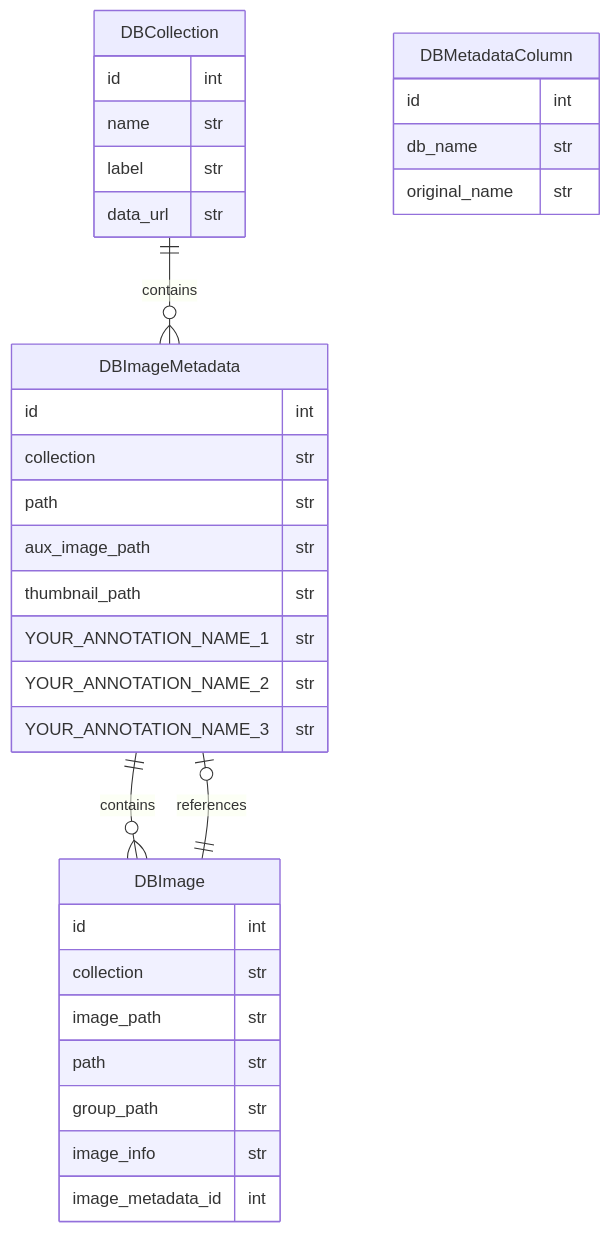
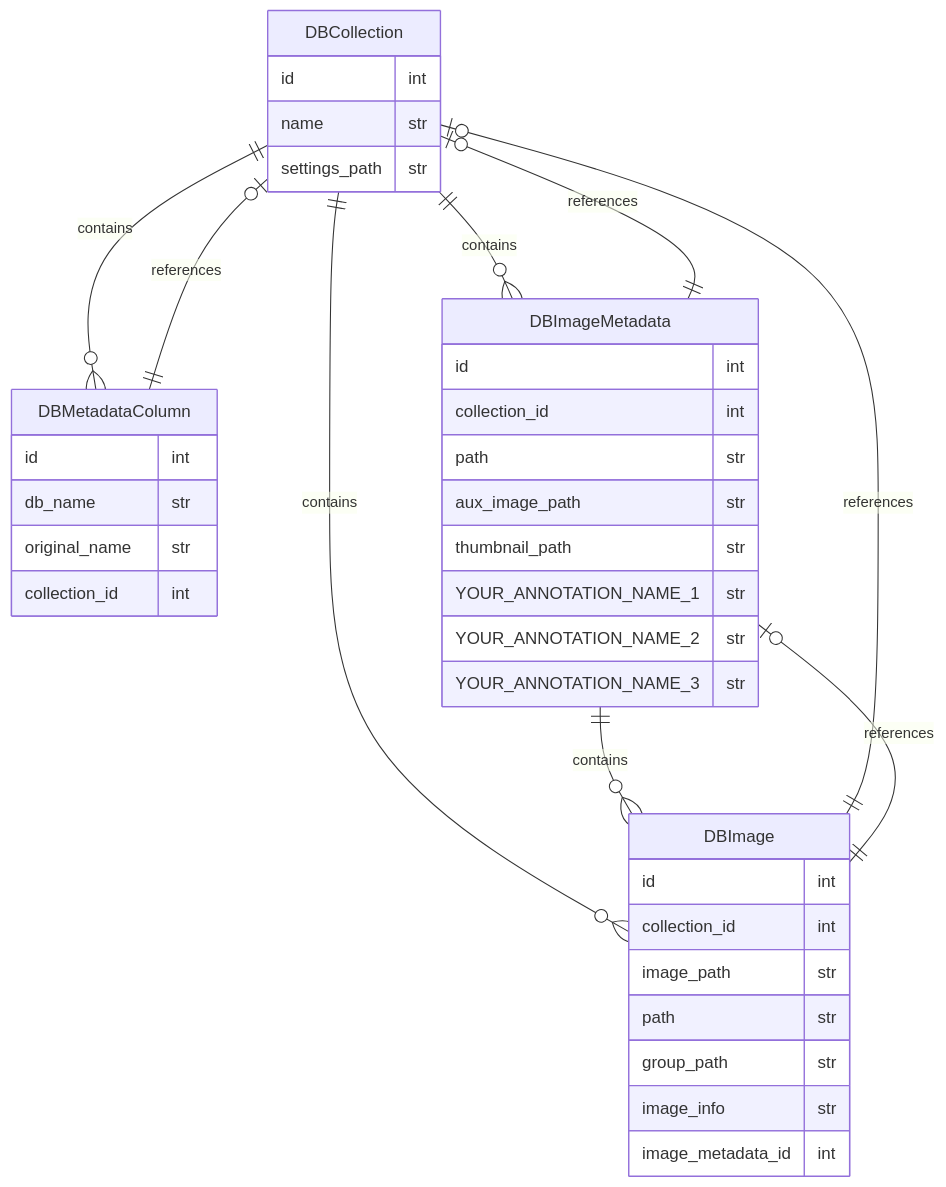
The second of 2 diagrams in docs/Overview.md (JaneliaSciComp/zarrcade), drawn with Mermaid before and after one commit. The commit also changed other lines of this file, not shown here.

````diff
--- a/docs/Overview.md
+++ b/docs/Overview.md
@@ -73,41 +77,47 @@
 ```mermaid
 erDiagram
 DBCollection {
     id int
     name str
-    label str
-    data_url str
+    settings_path str
 }
 
 DBMetadataColumn {
     id int
     db_name str
     original_name str
+    collection_id int
 }
 
 DBImageMetadata {
     id int
-    collection str
+    collection_id int
     path str
     aux_image_path str
     thumbnail_path str
     YOUR_ANNOTATION_NAME_1 str
     YOUR_ANNOTATION_NAME_2 str
     YOUR_ANNOTATION_NAME_3 str
 }
 
 DBImage {
     id int
-    collection str
+    collection_id int
     image_path str
     path str
     group_path str
     image_info str
     image_metadata_id int
 }
 
+DBCollection ||--o{ DBMetadataColumn : contains
 DBCollection ||--o{ DBImageMetadata : contains
+DBCollection ||--o{ DBImage : contains
+DBMetadataColumn ||--o| DBCollection : references
+DBImageMetadata ||--o| DBCollection : references
+DBImage ||--o| DBCollection : references
 DBImageMetadata ||--o{ DBImage : contains
 DBImage ||--o| DBImageMetadata : references
 
+
 ```
````
